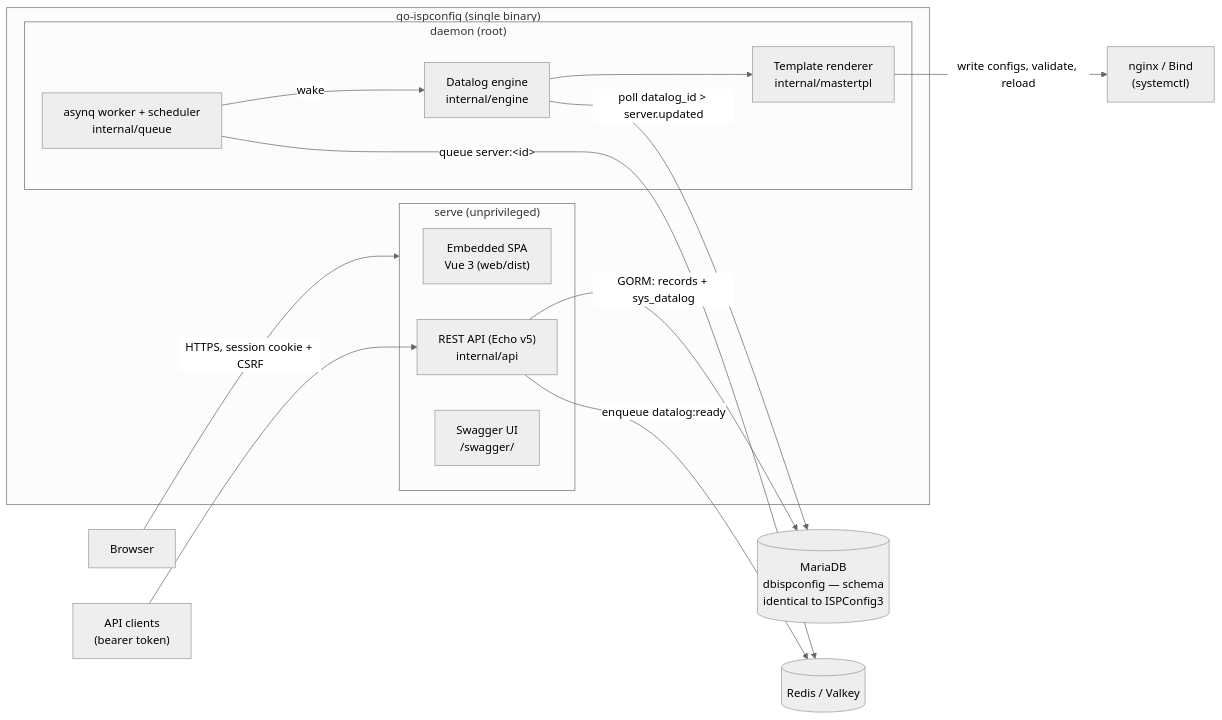
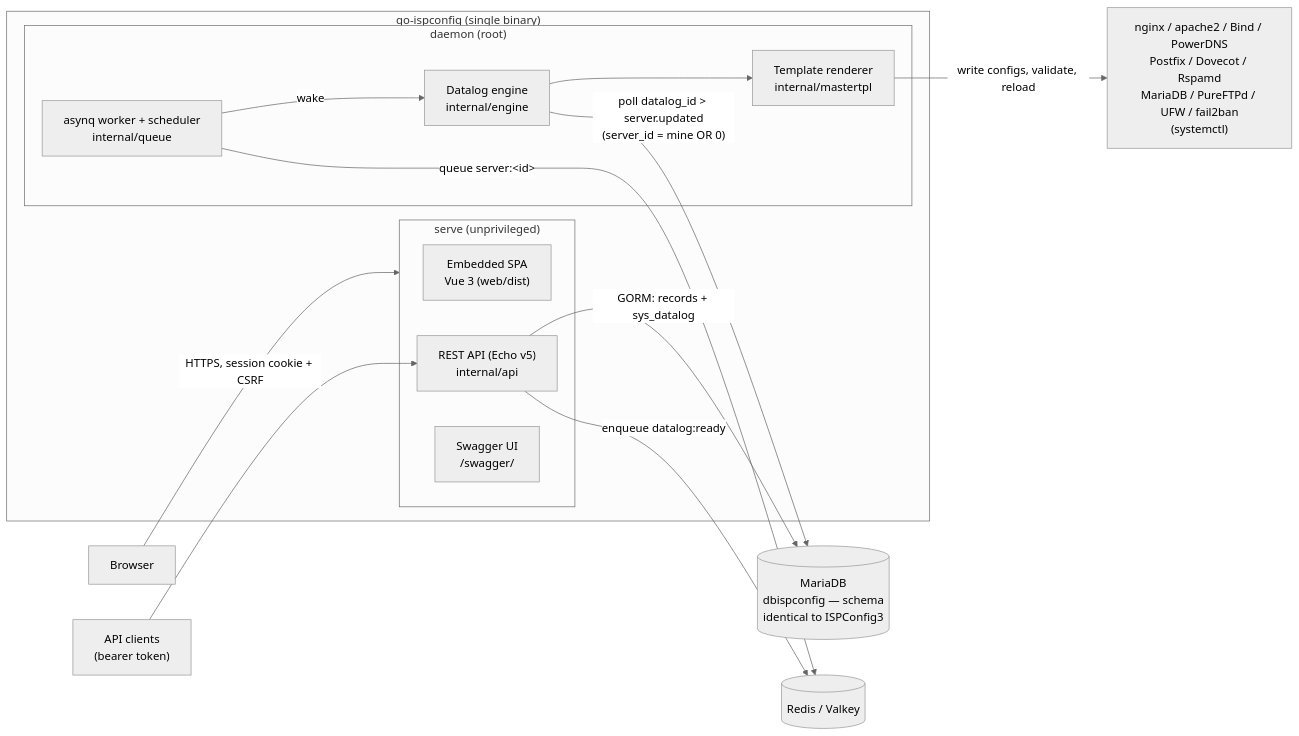
The first of 4 diagrams in docs/ARCHITECTURE.md (jniltinho/go-ispconfig), drawn with Mermaid (neutral theme) before and after one commit. The commit also changed other lines of this file and 3 other files, not shown here.

````diff
--- a/docs/ARCHITECTURE.md
+++ b/docs/ARCHITECTURE.md
@@ -17,27 +17,27 @@
 ```mermaid
 flowchart LR
     subgraph binary["go-ispconfig (single binary)"]
         subgraph serve["serve (unprivileged)"]
             SPA["Embedded SPA<br/>Vue 3 (web/dist)"]
             API["REST API (Echo v5)<br/>internal/api"]
             SWAG["Swagger UI<br/>/swagger/"]
         end
         subgraph daemon["daemon (root)"]
             ENG["Datalog engine<br/>internal/engine"]
             WORKER["asynq worker + scheduler<br/>internal/queue"]
             TPL["Template renderer<br/>internal/mastertpl"]
         end
     end
 
     Browser -->|HTTPS, session cookie + CSRF| serve
     Client["API clients<br/>(bearer token)"] --> API
 
     API -->|GORM: records + sys_datalog| DB[(MariaDB<br/>dbispconfig — schema<br/>identical to ISPConfig3)]
     API -->|"enqueue datalog:ready"| REDIS[(Redis / Valkey)]
 
-    ENG -->|"poll datalog_id > server.updated"| DB
+    ENG -->|"poll datalog_id > server.updated<br/>(server_id = mine OR 0)"| DB
     WORKER -->|"queue server:&lt;id&gt;"| REDIS
     WORKER -->|wake| ENG
     ENG --> TPL
-    TPL -->|write configs, validate, reload| SVC["nginx / Bind<br/>(systemctl)"]
+    TPL -->|write configs, validate, reload| SVC["nginx / apache2 / Bind / PowerDNS<br/>Postfix / Dovecot / Rspamd<br/>MariaDB / PureFTPd / UFW / fail2ban<br/>(systemctl)"]
 ```
````
